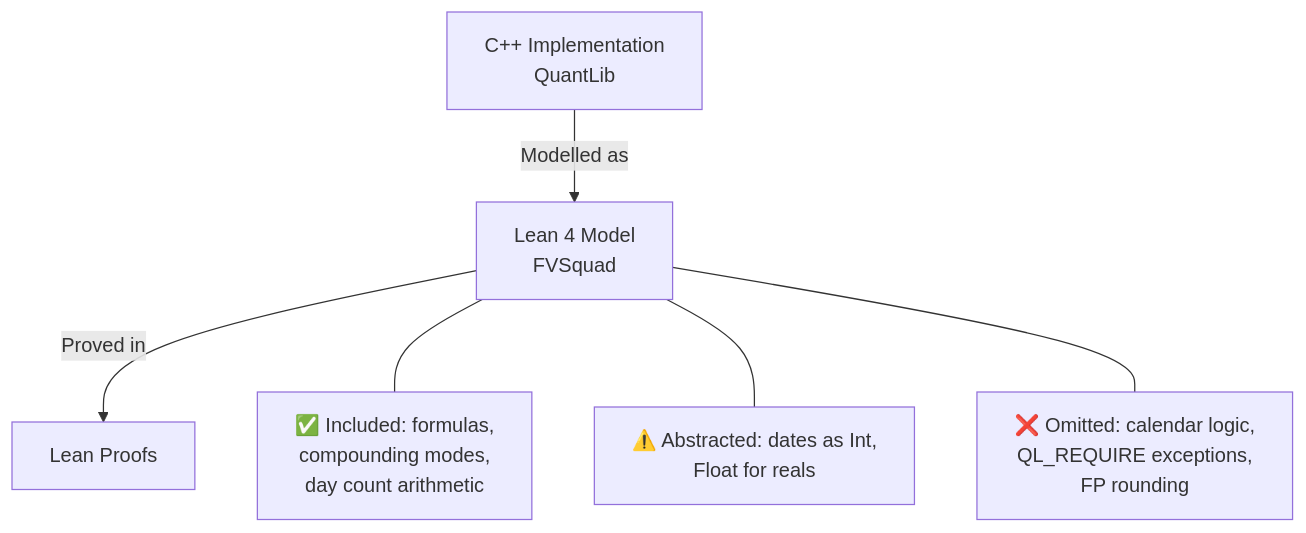
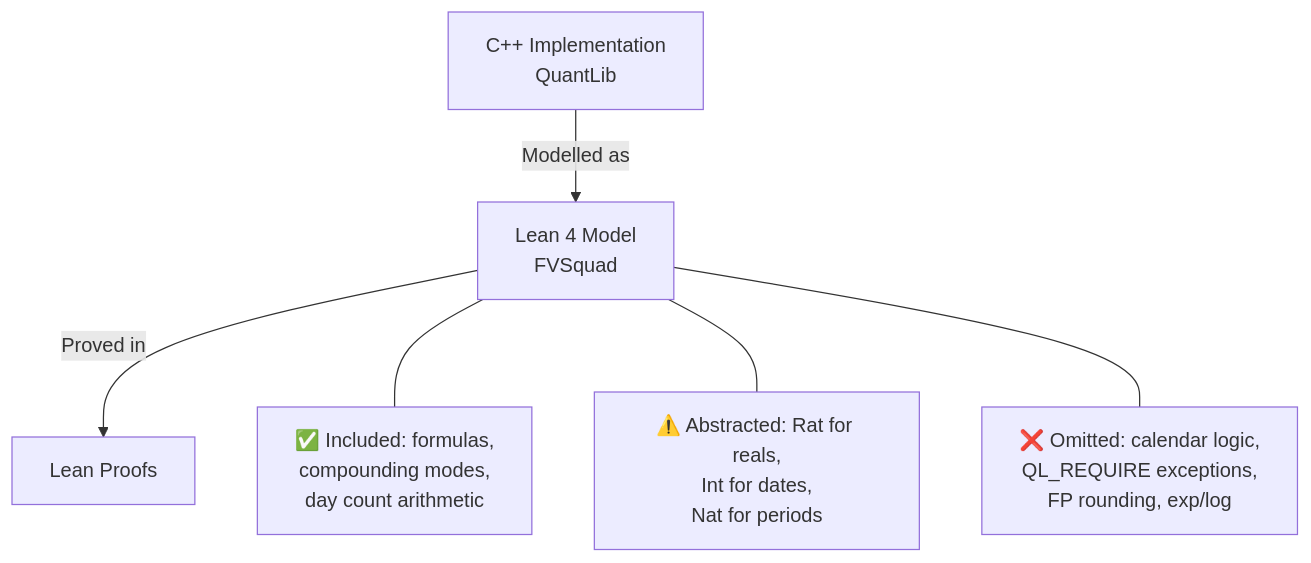
Before and after one commit to dsyme/QuantLib: the fifth of 6 diagrams in formal-verification/REPORT.md, drawn with Mermaid. The commit also changed other lines of this file and 1 other file, not shown here.

````diff
--- a/formal-verification/REPORT.md
+++ b/formal-verification/REPORT.md
@@ -81,14 +109,14 @@
 ```mermaid
 graph TD
     REAL["C++ Implementation<br/>QuantLib"]
     MODEL["Lean 4 Model<br/>FVSquad"]
     PROOF["Lean Proofs"]
     REAL -->|"Modelled as"| MODEL
     MODEL -->|"Proved in"| PROOF
     NOTE1["✅ Included: formulas,<br/>compounding modes,<br/>day count arithmetic"]
-    NOTE2["⚠️ Abstracted: dates as Int,<br/>Float for reals"]
-    NOTE3["❌ Omitted: calendar logic,<br/>QL_REQUIRE exceptions,<br/>FP rounding"]
+    NOTE2["⚠️ Abstracted: Rat for reals,<br/>Int for dates,<br/>Nat for periods"]
+    NOTE3["❌ Omitted: calendar logic,<br/>QL_REQUIRE exceptions,<br/>FP rounding, exp/log"]
     MODEL --- NOTE1
     MODEL --- NOTE2
     MODEL --- NOTE3
 ```
````
